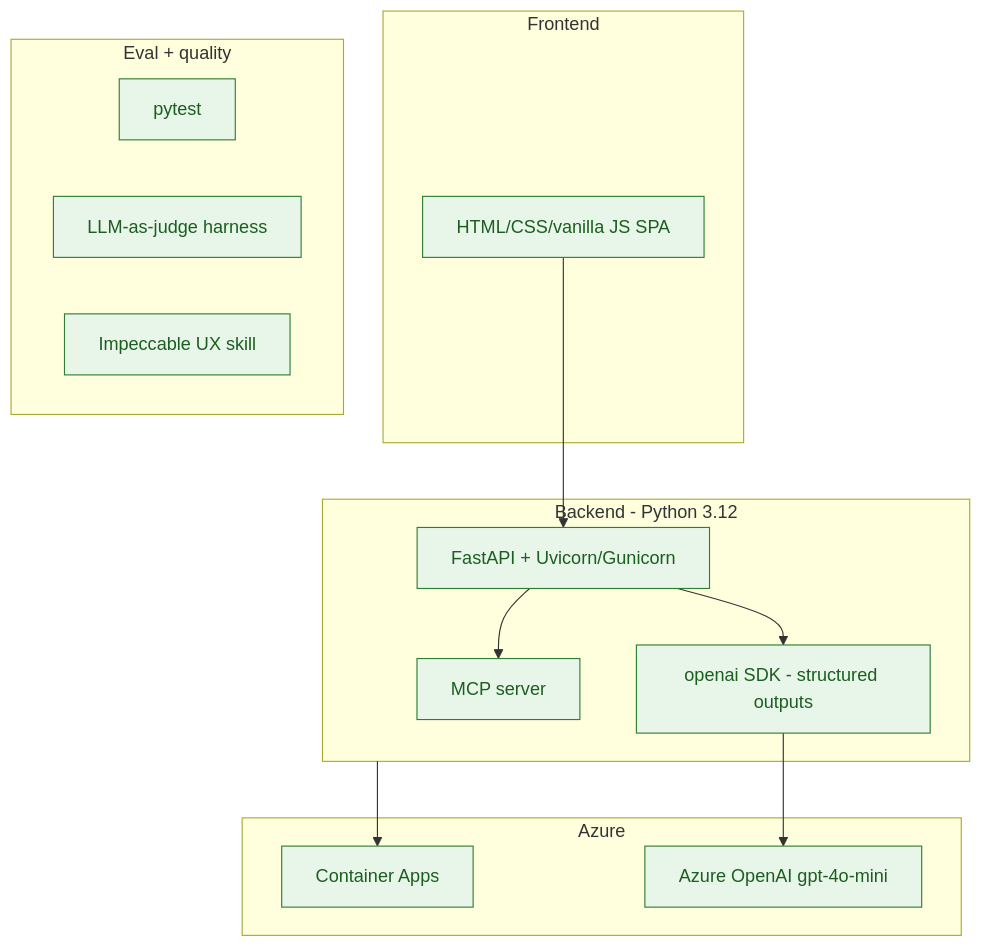
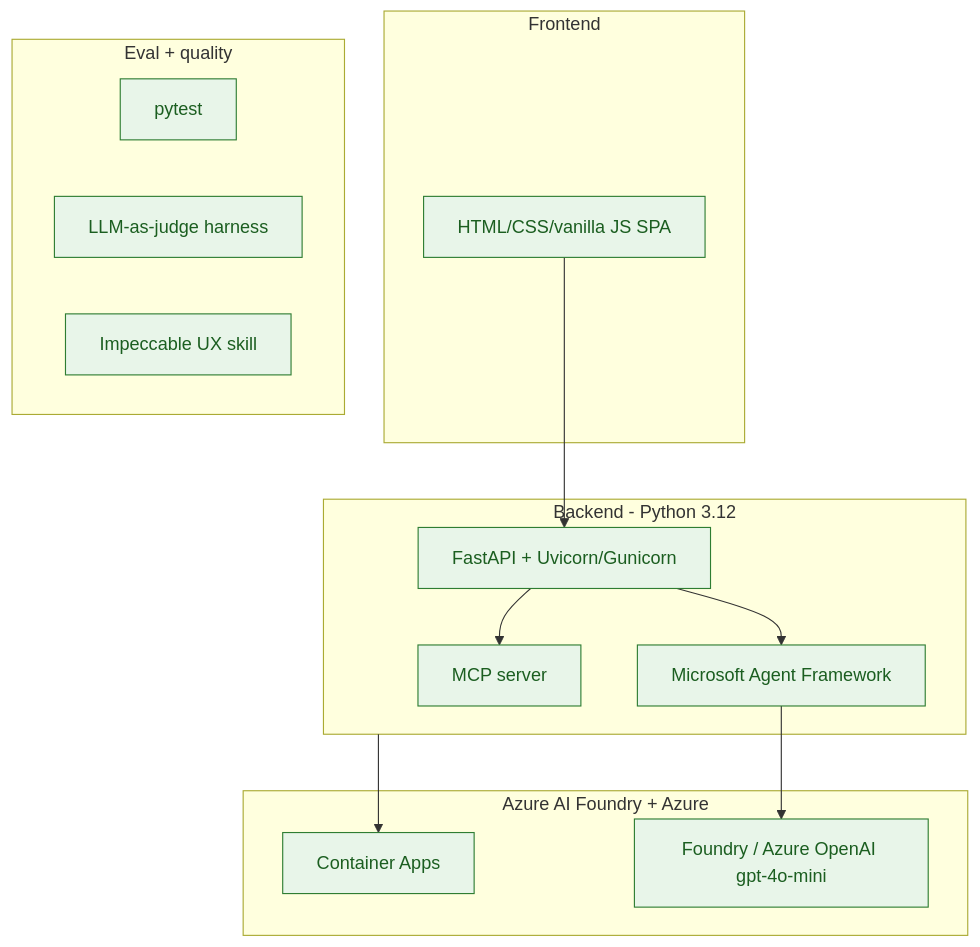
Before and after one commit to ajai-d/stock-guru: the fifth of 17 diagrams in plan/plan-Iteration-G2EXH7.md, drawn with Mermaid. The commit also changed other lines of this file and 12 other files, not shown here.

Commit message:
Adopt agentic-stack binding: app uses Microsoft Agent Framework on Azure AI Foundry (gpt-4o-mini, managed identity); plan 1.5 + runtime-config updated

````diff
--- a/plan/plan-Iteration-G2EXH7.md
+++ b/plan/plan-Iteration-G2EXH7.md
@@ -142,24 +147,24 @@
 ```mermaid
 flowchart TB
     subgraph fe["Frontend"]
         html[HTML/CSS/vanilla JS SPA]:::t
     end
     subgraph be["Backend - Python 3.12"]
         fast[FastAPI + Uvicorn/Gunicorn]:::t
-        sdk[openai SDK - structured outputs]:::t
+        sdk[Microsoft Agent Framework]:::t
         mcplib[MCP server]:::t
     end
     subgraph tooling["Eval + quality"]
         pytest[pytest]:::t
         judge[LLM-as-judge harness]:::t
         imp[Impeccable UX skill]:::t
     end
-    subgraph cloud["Azure"]
+    subgraph cloud["Azure AI Foundry + Azure"]
         aca[Container Apps]:::t
-        aoai[Azure OpenAI gpt-4o-mini]:::t
+        aoai[Foundry / Azure OpenAI gpt-4o-mini]:::t
     end
     html --> fast --> sdk --> aoai
     fast --> mcplib
     be --> aca
     classDef t fill:#E8F5E9,stroke:#2E7D32,color:#1B5E20;
 ```
````
